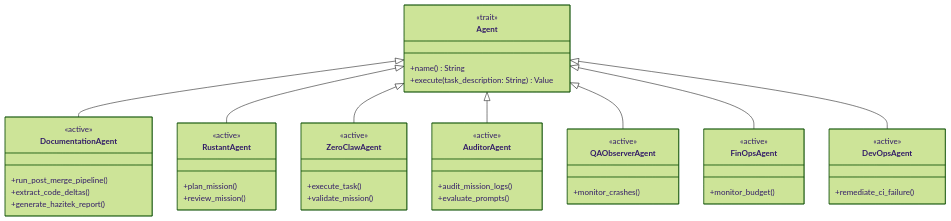
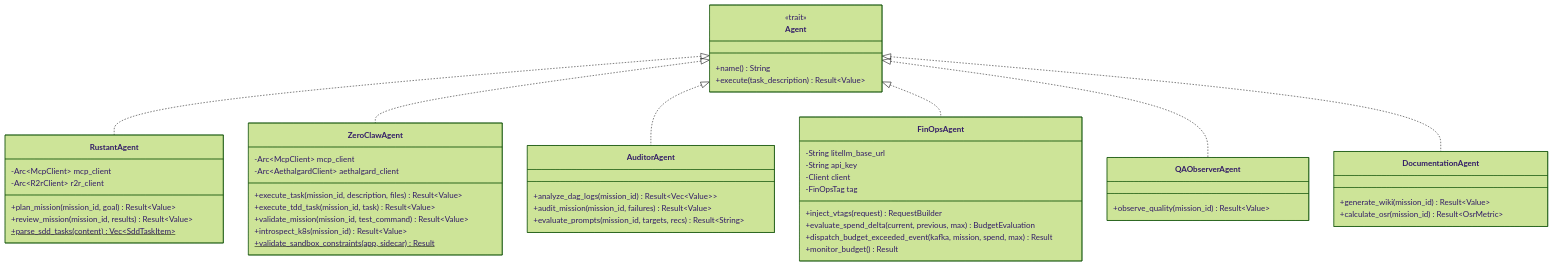
The first of 2 diagrams in wiki/AGENT-SPECIFICATIONS.md (lgcorzo/rust_CACD_autonomous_factory), drawn with Mermaid (forest theme) before and after one commit. The commit also changed other lines of this file and 78 other files, not shown here.

First line of the commit message:
docs(wiki): implement professional wiki documentation suite (102/102 tasks)

````diff
--- a/wiki/AGENT-SPECIFICATIONS.md
+++ b/wiki/AGENT-SPECIFICATIONS.md
@@ -179,49 +11,59 @@
 ```mermaid
 classDiagram
     class Agent {
         <<trait>>
         +name() String
-        +execute(task_description: String) Value
+        +execute(task_description) Result~Value~
     }
+
+    class RustantAgent {
+        -Arc~McpClient~ mcp_client
+        -Arc~R2rClient~ r2r_client
+        +plan_mission(mission_id, goal) Result~Value~
+        +review_mission(mission_id, results) Result~Value~
+        +parse_sdd_tasks(content)$ Vec~SddTaskItem~
+    }
+
+    class ZeroClawAgent {
+        -Arc~McpClient~ mcp_client
+        -Arc~AethalgardClient~ aethalgard_client
+        +execute_task(mission_id, description, files) Result~Value~
+        +execute_tdd_task(mission_id, task) Result~Value~
+        +validate_mission(mission_id, test_command) Result~Value~
+        +introspect_k8s(mission_id) Result~Value~
+        +validate_sandbox_constraints(app, sidecar)$ Result
+    }
+
+    class AuditorAgent {
+        +analyze_dag_logs(mission_id) Result~Vec~Value~~
+        +audit_mission(mission_id, failures) Result~Value~
+        +evaluate_prompts(mission_id, targets, recs) Result~String~
+    }
+
+    class FinOpsAgent {
+        -String litellm_base_url
+        -String api_key
+        -Client client
+        -FinOpsTag tag
+        +inject_vtags(request) RequestBuilder
+        +evaluate_spend_delta(current, previous, max) BudgetEvaluation
+        +dispatch_budget_exceeded_event(kafka, mission, spend, max) Result
+        +monitor_budget() Result
+    }
+
+    class QAObserverAgent {
+        +observe_quality(mission_id) Result~Value~
+    }
+
     class DocumentationAgent {
-        <<active>>
-        +run_post_merge_pipeline()
-        +extract_code_deltas()
-        +generate_hazitek_report()
+        +generate_wiki(mission_id) Result~Value~
+        +calculate_osr(mission_id) Result~OsrMetric~
     }
-    class RustantAgent {
-        <<active>>
-        +plan_mission()
-        +review_mission()
-    }
-    class ZeroClawAgent {
-        <<active>>
-        +execute_task()
-        +validate_mission()
-    }
-    class AuditorAgent {
-        <<active>>
-        +audit_mission_logs()
-        +evaluate_prompts()
-    }
-    class QAObserverAgent {
-        <<active>>
-        +monitor_crashes()
-    }
-    class FinOpsAgent {
-        <<active>>
-        +monitor_budget()
-    }
-    class DevOpsAgent {
-        <<active>>
-        +remediate_ci_failure()
-    }
-    
-    Agent <|-- DocumentationAgent
-    Agent <|-- RustantAgent
-    Agent <|-- ZeroClawAgent
-    Agent <|-- AuditorAgent
-    Agent <|-- QAObserverAgent
-    Agent <|-- FinOpsAgent
-    Agent <|-- DevOpsAgent
+
+    Agent <|.. RustantAgent
+    Agent <|.. ZeroClawAgent
+    Agent <|.. AuditorAgent
+    Agent <|.. FinOpsAgent
+    Agent <|.. QAObserverAgent
+    Agent <|.. DocumentationAgent
 ```
````
